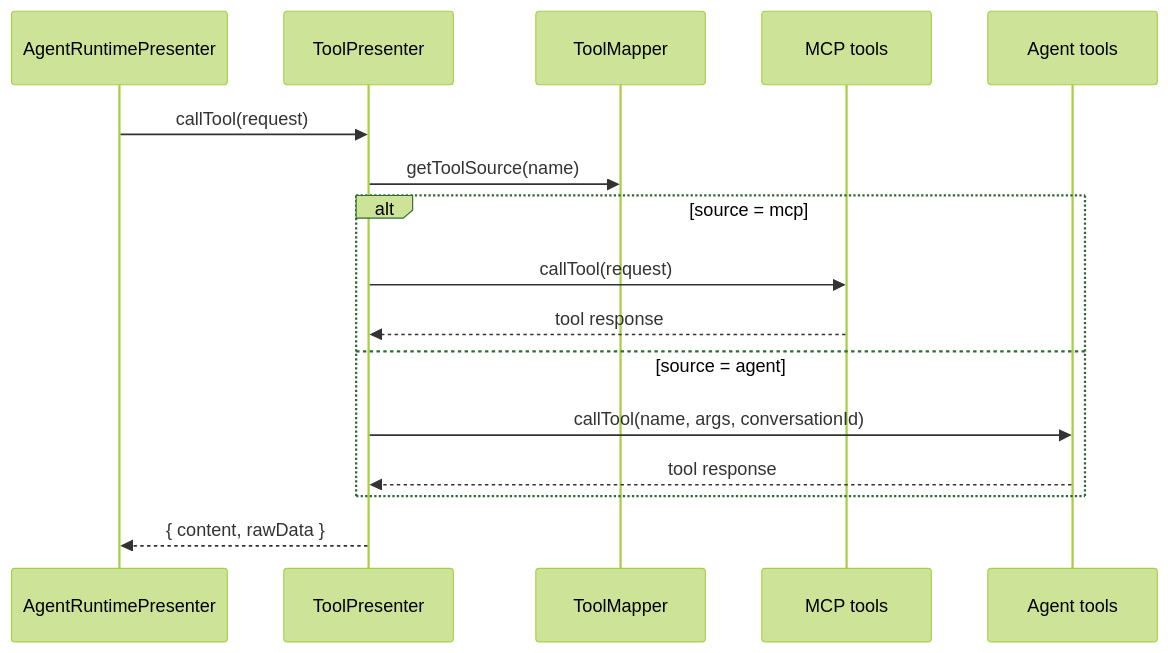
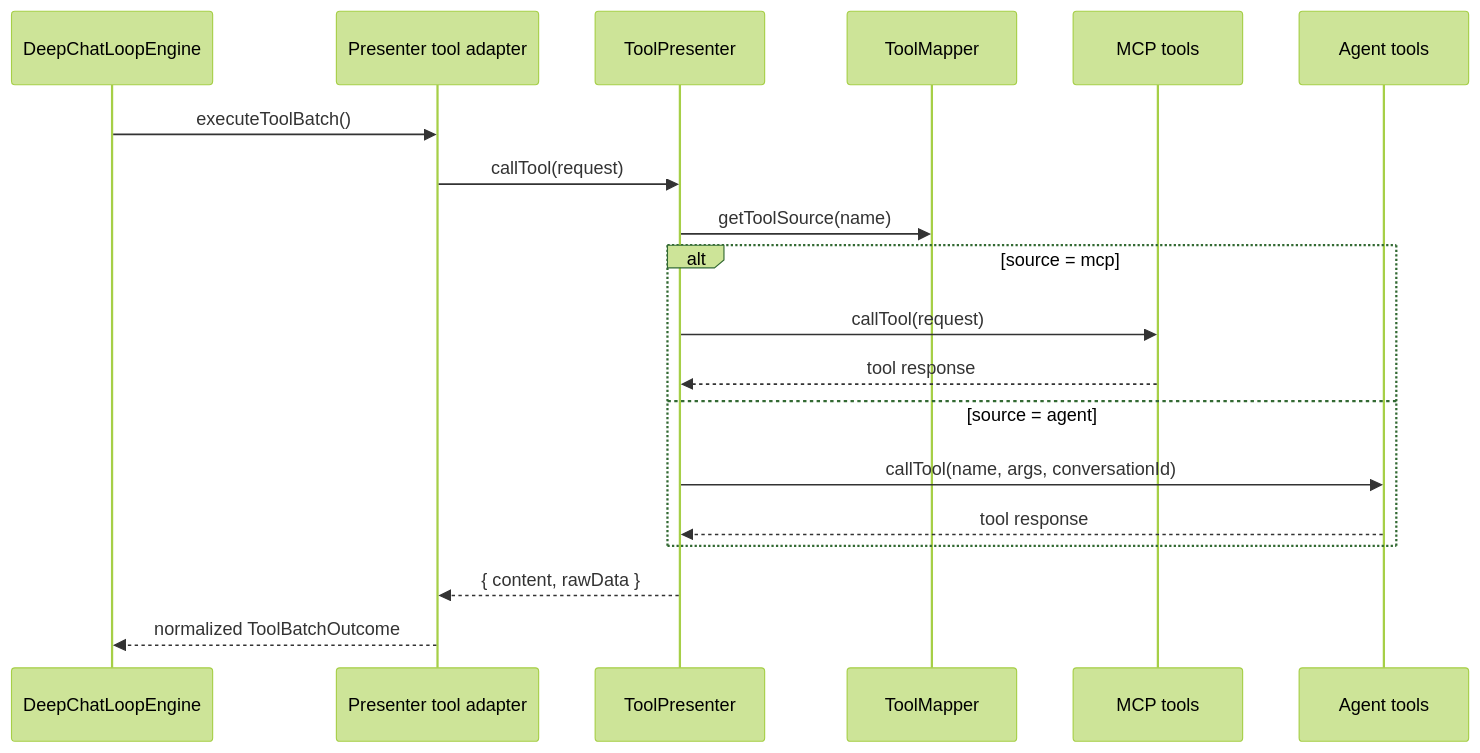
The second of 2 diagrams in docs/architecture/tool-system.md (ThinkInAIXYZ/deepchat), drawn with Mermaid (forest theme) before and after one commit. The commit also changed other lines of this file and 25 other files, not shown here.

Commit message:
docs(agent): converge layered runtime architecture

````diff
--- a/docs/architecture/tool-system.md
+++ b/docs/architecture/tool-system.md
@@ -54,21 +61,24 @@
 ```mermaid
 sequenceDiagram
-    participant D as AgentRuntimePresenter
+    participant L as DeepChatLoopEngine
+    participant P as Presenter tool adapter
     participant T as ToolPresenter
     participant Map as ToolMapper
     participant M as MCP tools
     participant A as Agent tools
 
-    D->>T: callTool(request)
+    L->>P: executeToolBatch()
+    P->>T: callTool(request)
     T->>Map: getToolSource(name)
 
     alt source = mcp
         T->>M: callTool(request)
         M-->>T: tool response
     else source = agent
         T->>A: callTool(name, args, conversationId)
         A-->>T: tool response
     end
 
-    T-->>D: { content, rawData }
+    T-->>P: { content, rawData }
+    P-->>L: normalized ToolBatchOutcome
 ```
````
